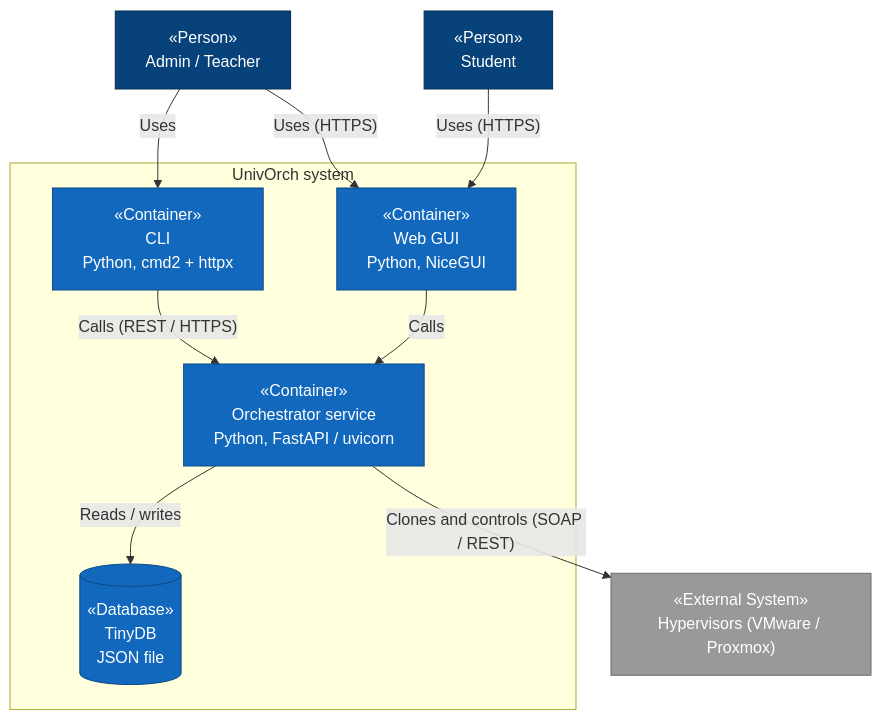
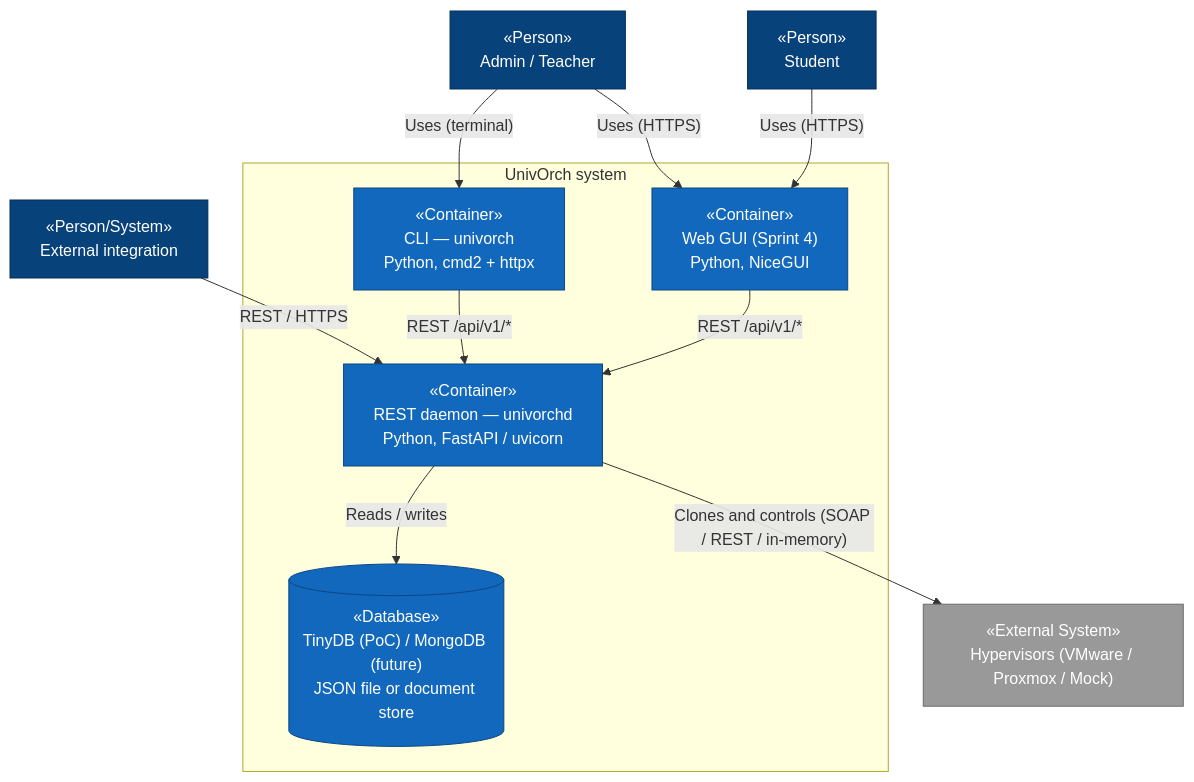
Before and after one commit to clamaveruma/univorch: the second of 6 diagrams in docs/diagrams.md, drawn with Mermaid. The commit also changed other lines of this file and 14 other files, not shown here.

First line of the commit message:
docs/memoria: integrar 9 diagramas Mermaid en el capitulo 4

````diff
--- a/docs/diagrams.md
+++ b/docs/diagrams.md
@@ -52,27 +59,29 @@
 ```mermaid
 flowchart TB
     admin["«Person»<br/>Admin / Teacher"]:::person
     student["«Person»<br/>Student"]:::person
+    integrator["«Person/System»<br/>External integration"]:::person
 
     subgraph sys["UnivOrch system"]
-        cli["«Container»<br/>CLI<br/>Python, cmd2 + httpx"]:::container
-        web["«Container»<br/>Web GUI<br/>Python, NiceGUI"]:::container
-        api["«Container»<br/>Orchestrator service<br/>Python, FastAPI / uvicorn"]:::container
-        db[("«Database»<br/>TinyDB<br/>JSON file")]:::db
+        cli["«Container»<br/>CLI — univorch<br/>Python, cmd2 + httpx"]:::container
+        web["«Container»<br/>Web GUI (Sprint 4)<br/>Python, NiceGUI"]:::container
+        api["«Container»<br/>REST daemon — univorchd<br/>Python, FastAPI / uvicorn"]:::container
+        db[("«Database»<br/>TinyDB (PoC) / MongoDB (future)<br/>JSON file or document store")]:::db
     end
 
-    hv["«External System»<br/>Hypervisors (VMware / Proxmox)"]:::ext
+    hv["«External System»<br/>Hypervisors (VMware / Proxmox / Mock)"]:::ext
 
-    admin -->|"Uses"| cli
+    admin -->|"Uses (terminal)"| cli
     admin -->|"Uses (HTTPS)"| web
     student -->|"Uses (HTTPS)"| web
-    cli -->|"Calls (REST / HTTPS)"| api
-    web -->|"Calls"| api
+    integrator -->|"REST / HTTPS"| api
+    cli -->|"REST /api/v1/*"| api
+    web -->|"REST /api/v1/*"| api
     api -->|"Reads / writes"| db
-    api -->|"Clones and controls (SOAP / REST)"| hv
+    api -->|"Clones and controls (SOAP / REST / in-memory)"| hv
 
     classDef person fill:#08427b,color:#fff,stroke:#052e56;
     classDef container fill:#1168bd,color:#fff,stroke:#0b4884;
     classDef db fill:#1168bd,color:#fff,stroke:#0b4884;
     classDef ext fill:#999999,color:#fff,stroke:#6b6b6b;
 ```
````
